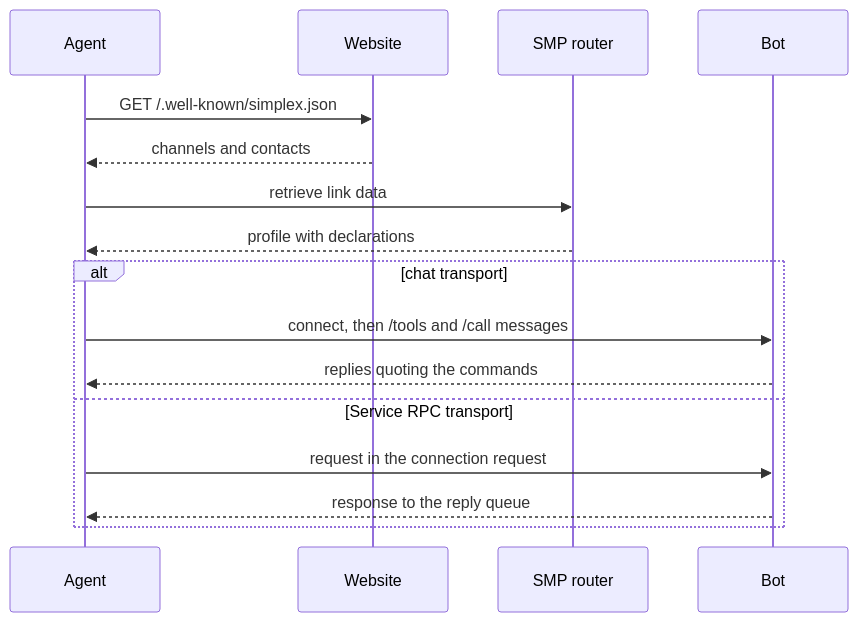
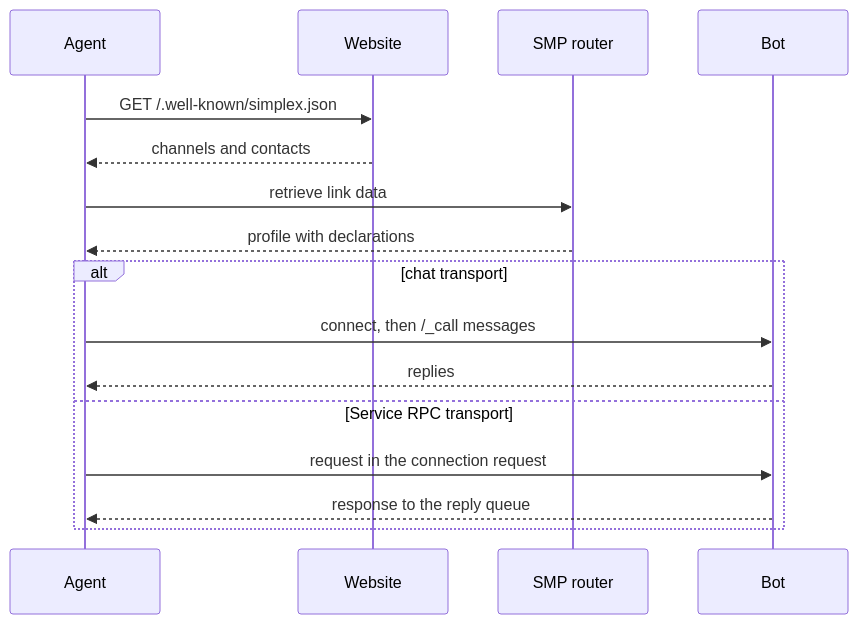
The diagram in docs/protocol/agent-protocols.md (simplex-chat/simplex-chat), drawn with Mermaid before and after one commit. The commit also changed other lines of this file and 1 other file, not shown here.

````diff
--- a/docs/protocol/agent-protocols.md
+++ b/docs/protocol/agent-protocols.md
@@ -62,19 +63,19 @@
 ```mermaid
 sequenceDiagram
     participant A as Agent
     participant W as Website
     participant R as SMP router
     participant B as Bot
 
     A->>W: GET /.well-known/simplex.json
     W-->>A: channels and contacts
     A->>R: retrieve link data
     R-->>A: profile with declarations
     alt chat transport
-        A->>B: connect, then /tools and /call messages
-        B-->>A: replies quoting the commands
+        A->>B: connect, then /_call messages
+        B-->>A: replies
     else Service RPC transport
         A->>B: request in the connection request
         B-->>A: response to the reply queue
     end
 ```
````
